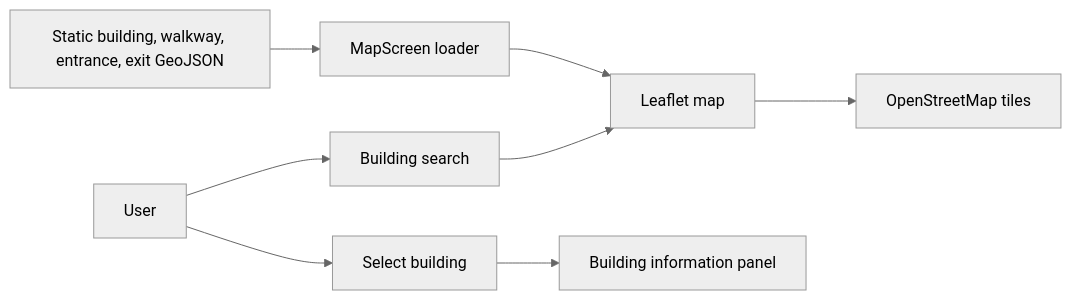
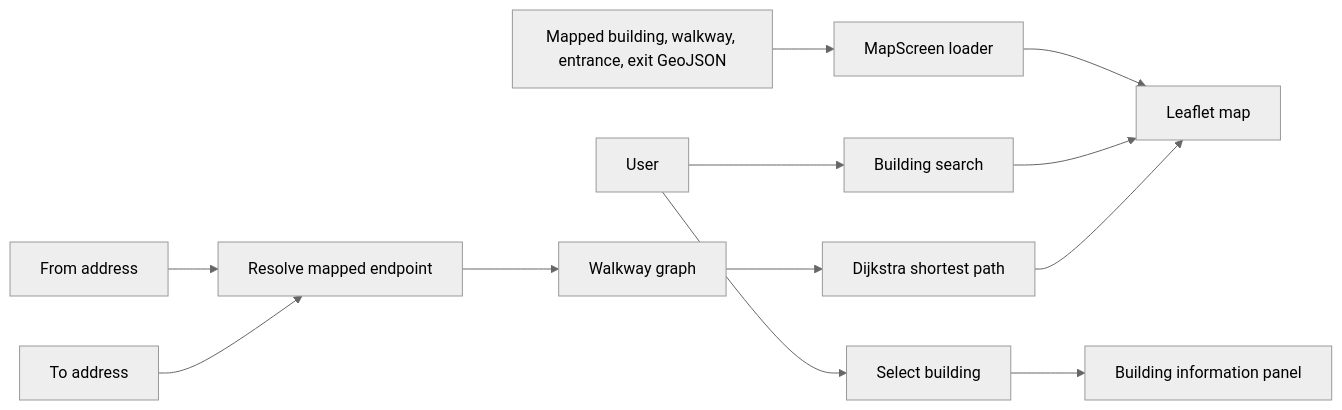
The sixth of 8 diagrams in SYSTEM_ARCHITECTURE.md (Kishore-R45/HospiGuide-AI), drawn with Mermaid (neutral theme) before and after one commit. The commit also changed other lines of this file and 1 other file, not shown here.

````diff
--- a/SYSTEM_ARCHITECTURE.md
+++ b/SYSTEM_ARCHITECTURE.md
@@ -565,10 +567,14 @@
 ```mermaid
 flowchart LR
-    Files[Static building, walkway, entrance, exit GeoJSON] --> Loader[MapScreen loader]
+    Files[Mapped building, walkway, entrance, exit GeoJSON] --> Loader[MapScreen loader]
     Loader --> Leaflet[Leaflet map]
-    Leaflet --> OSM[OpenStreetMap tiles]
     User --> Search[Building search]
     Search --> Leaflet
     User --> Select[Select building]
     Select --> Panel[Building information panel]
+    From[From address] --> Resolve[Resolve mapped endpoint]
+    To[To address] --> Resolve
+    Resolve --> Graph[Walkway graph]
+    Graph --> Shortest[Dijkstra shortest path]
+    Shortest --> Leaflet
 ```
````
